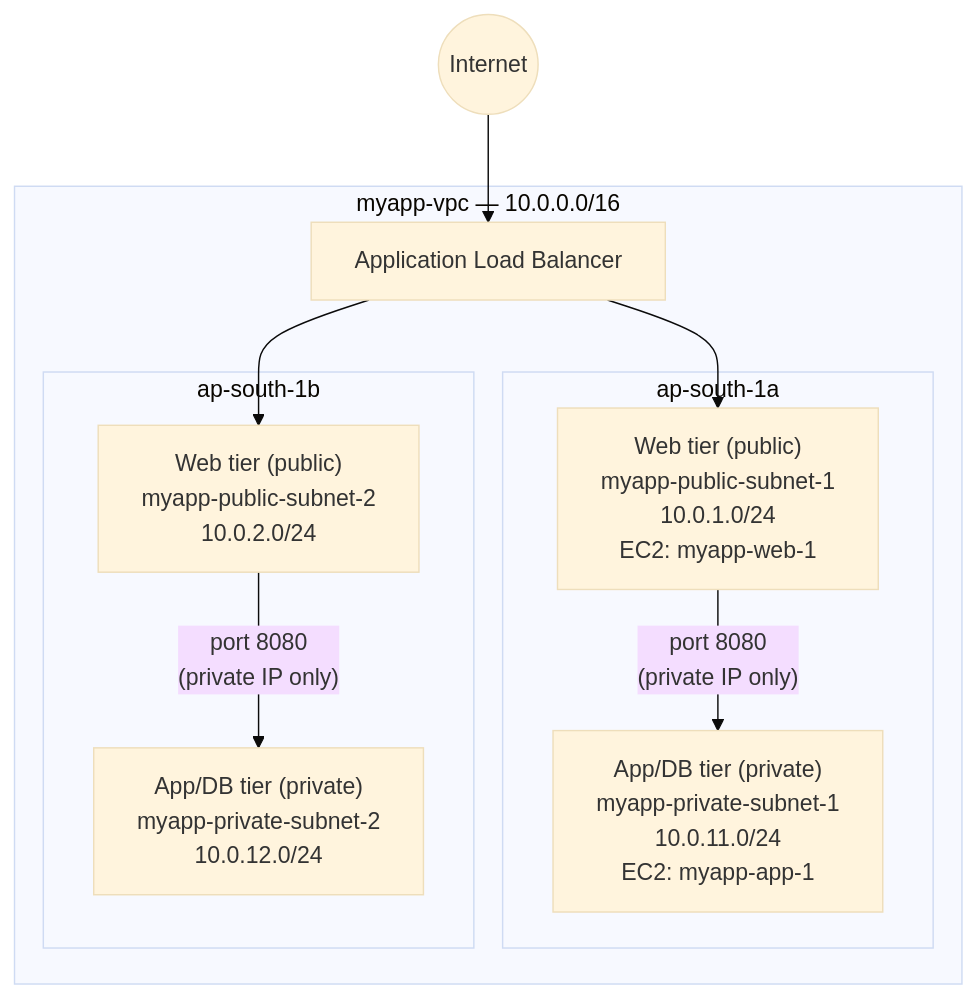
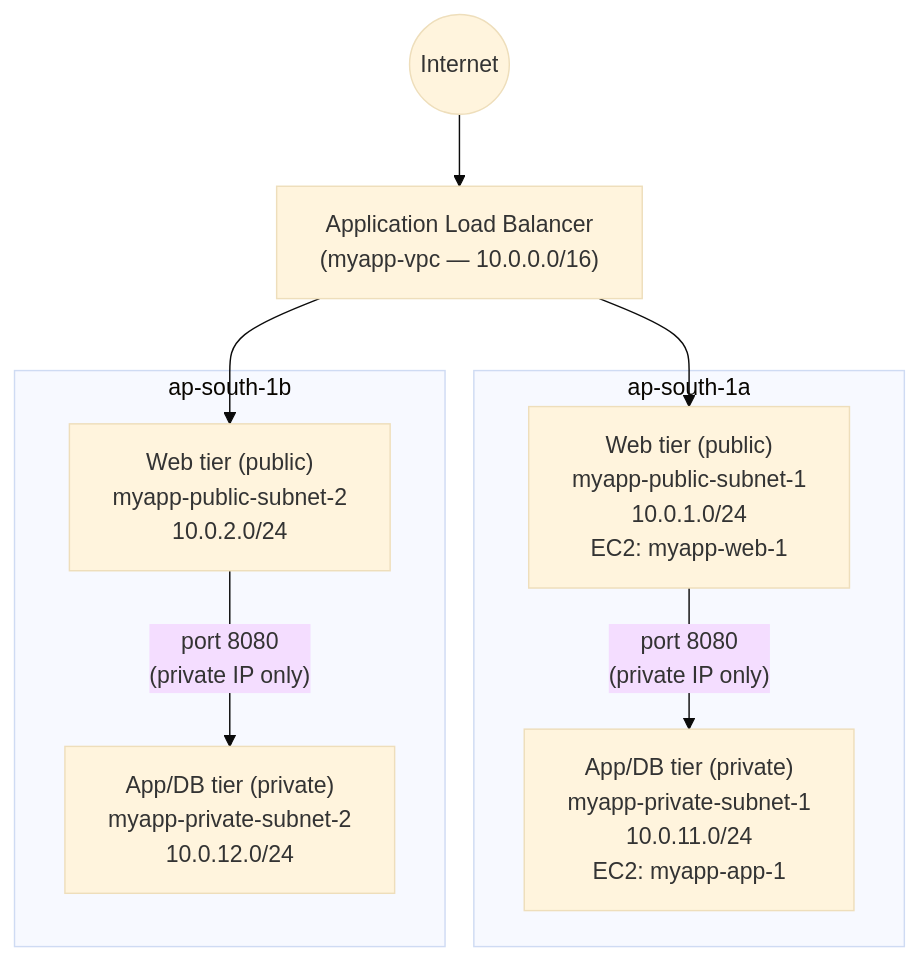
The first of 2 diagrams in VPC/07-VPC-Two-Tier-Architecture.md (msdeepak052/AWS_Imp_Concepts), drawn with Mermaid (base theme) before and after one commit. The commit also changed 11 other files, not shown here.

Commit message:
Mermaid Diagram fixed

````diff
--- a/VPC/07-VPC-Two-Tier-Architecture.md
+++ b/VPC/07-VPC-Two-Tier-Architecture.md
@@ -69,21 +69,19 @@
 ```mermaid
 flowchart TD
-    INTERNET(("Internet")) --> ALB["Application Load Balancer"]
+    INTERNET(("Internet")) --> ALB["Application Load Balancer<br/>(myapp-vpc — 10.0.0.0/16)"]
 
-    subgraph VPC["myapp-vpc — 10.0.0.0/16"]
-        subgraph AZ_A["ap-south-1a"]
-            WEB1["Web tier (public)<br/>myapp-public-subnet-1<br/>10.0.1.0/24<br/>EC2: myapp-web-1"]
-            APP1["App/DB tier (private)<br/>myapp-private-subnet-1<br/>10.0.11.0/24<br/>EC2: myapp-app-1"]
-        end
+    subgraph AZ_A["ap-south-1a"]
+        WEB1["Web tier (public)<br/>myapp-public-subnet-1<br/>10.0.1.0/24<br/>EC2: myapp-web-1"]
+        APP1["App/DB tier (private)<br/>myapp-private-subnet-1<br/>10.0.11.0/24<br/>EC2: myapp-app-1"]
+    end
 
-        subgraph AZ_B["ap-south-1b"]
-            WEB2["Web tier (public)<br/>myapp-public-subnet-2<br/>10.0.2.0/24"]
-            APP2["App/DB tier (private)<br/>myapp-private-subnet-2<br/>10.0.12.0/24"]
-        end
+    subgraph AZ_B["ap-south-1b"]
+        WEB2["Web tier (public)<br/>myapp-public-subnet-2<br/>10.0.2.0/24"]
+        APP2["App/DB tier (private)<br/>myapp-private-subnet-2<br/>10.0.12.0/24"]
+    end
 
-        ALB --> WEB1
-        ALB --> WEB2
-        WEB1 -->|"port 8080<br/>(private IP only)"| APP1
-        WEB2 -->|"port 8080<br/>(private IP only)"| APP2
-    end
+    ALB --> WEB1
+    ALB --> WEB2
+    WEB1 -->|"port 8080<br/>(private IP only)"| APP1
+    WEB2 -->|"port 8080<br/>(private IP only)"| APP2
 ```
````
